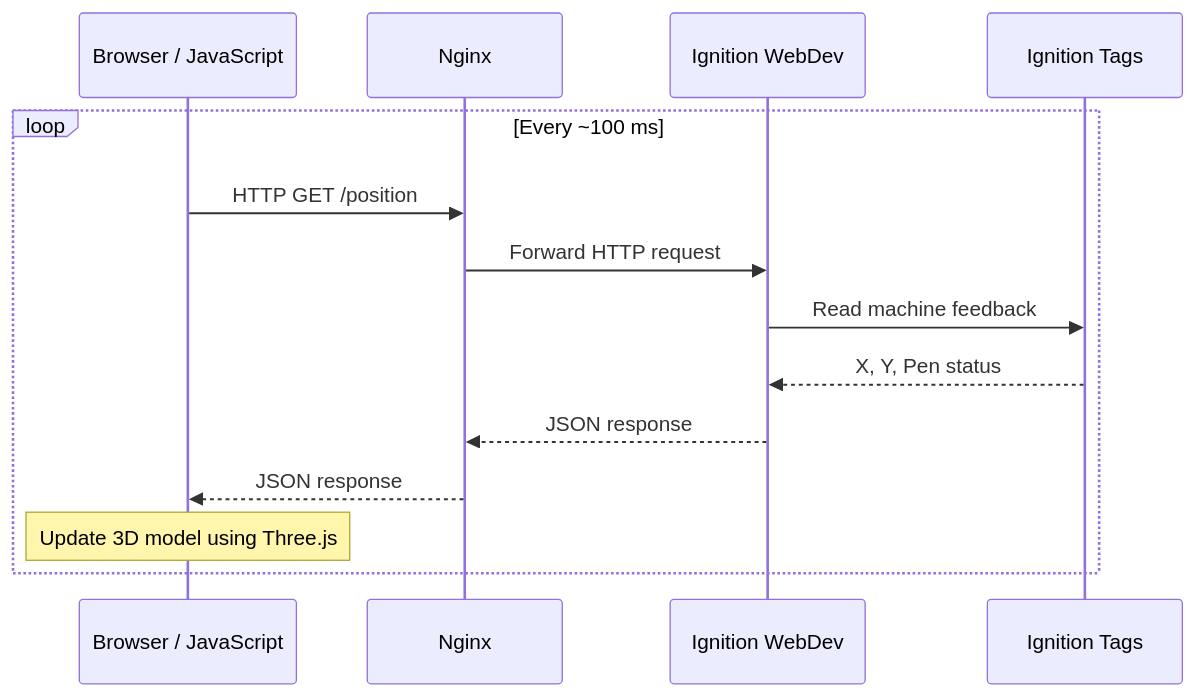
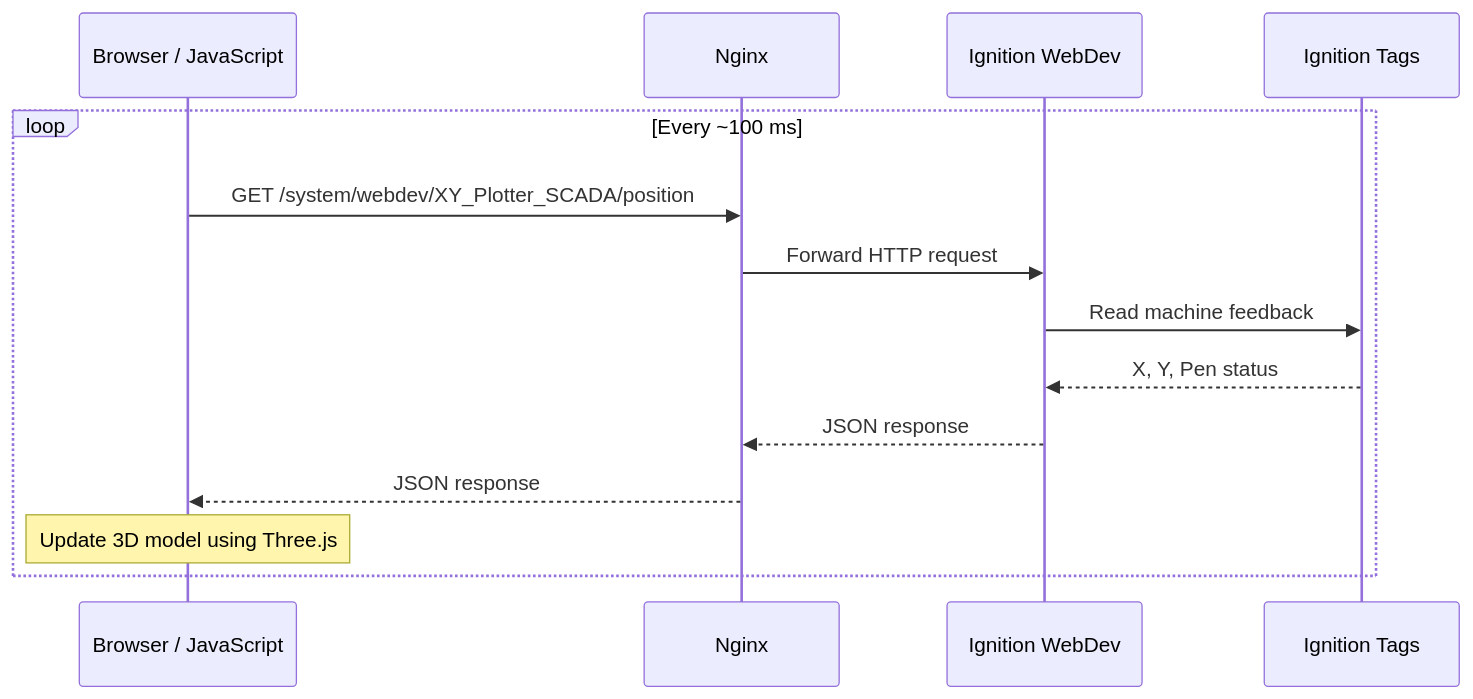
The first of 2 diagrams in documentation/communication/README.md (shevtsovandreas/xy-plotter-softplc-ignition), drawn with Mermaid before and after one commit.

````diff
--- a/documentation/communication/README.md
+++ b/documentation/communication/README.md
@@ -134,17 +134,17 @@
 ```mermaid
 sequenceDiagram
     participant B as Browser / JavaScript
     participant N as Nginx
     participant W as Ignition WebDev
     participant T as Ignition Tags
 
     loop Every ~100 ms
-        B->>N: HTTP GET /position
+        B->>N: GET /system/webdev/XY_Plotter_SCADA/position
         N->>W: Forward HTTP request
         W->>T: Read machine feedback
         T-->>W: X, Y, Pen status
         W-->>N: JSON response
         N-->>B: JSON response
         Note over B: Update 3D model using Three.js
     end
 ```
````
